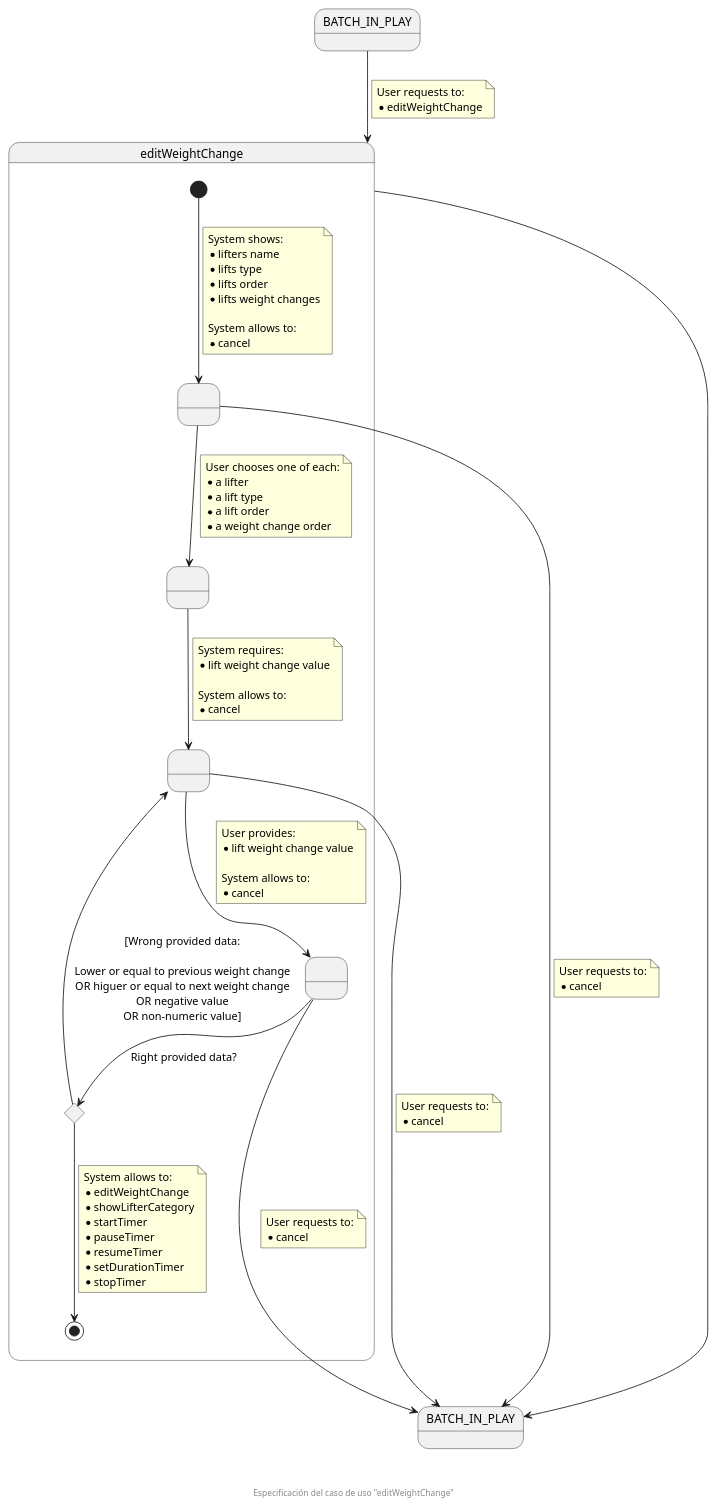
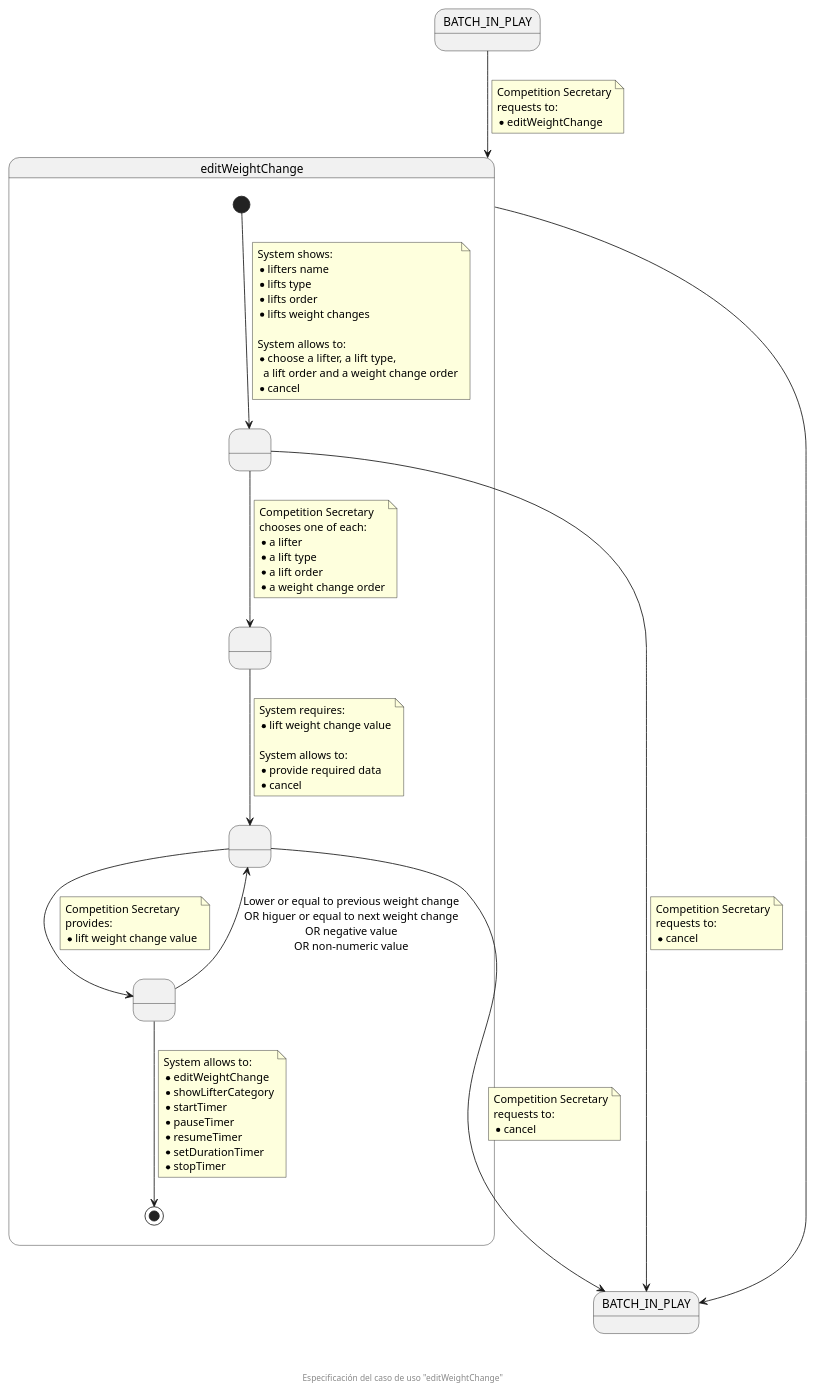
The diagram in documentation/diagrams/1_requirements/3_useCasesSpecification/competitionSecretary/05_editWeightChange.puml (zuldare/mastercloud_pfm_halterocms), drawn with PlantUML before and after one commit. The commit also changed 4 other files, not shown here.

Commit message:
Fix competition secretary use cases specification

```diff
--- a/documentation/diagrams/1_requirements/3_useCasesSpecification/competitionSecretary/05_editWeightChange.puml
+++ b/documentation/diagrams/1_requirements/3_useCasesSpecification/competitionSecretary/05_editWeightChange.puml
@@ -1,95 +1,91 @@
 @startuml
 state BATCH_IN_PLAY
 state "BATCH_IN_PLAY" as BATCH_IN_PLAY_F
 state editWeightChange {
   state " " as SHOWED_LIFTS_VALUE
   state " " as CHOSEN_LIFTER
   state " " as REQUIRED_DATA
   state " " as PROVIDED_DATA
-  state wrongDataProvidedCHC <<choice>>
 
   [*] --> SHOWED_LIFTS_VALUE
   note on link
     System shows:
     * lifters name
     * lifts type
     * lifts order
     * lifts weight changes
 
     System allows to:
+    * choose a lifter, a lift type,
+      a lift order and a weight change order
     * cancel
   end note
   
   SHOWED_LIFTS_VALUE --> CHOSEN_LIFTER
   note on link
-    User chooses one of each:
+    Competition Secretary
+    chooses one of each:
     * a lifter
     * a lift type
     * a lift order
     * a weight change order
   end note
 
   SHOWED_LIFTS_VALUE -down-> BATCH_IN_PLAY_F
   note on link
-    User requests to:
+    Competition Secretary
+    requests to:
     * cancel
   end note
 
   CHOSEN_LIFTER --> REQUIRED_DATA
   note on link
     System requires:
     * lift weight change value
 
     System allows to:
+    * provide required data
     * cancel
   end note
 
   REQUIRED_DATA -down---> BATCH_IN_PLAY_F
   note on link
-    User requests to:
+    Competition Secretary
+    requests to:
     * cancel
   end note
 
   REQUIRED_DATA --> PROVIDED_DATA
   note on link
-    User provides:
+    Competition Secretary
+    provides:
     * lift weight change value
-
-    System allows to:
-    * cancel
   end note
 
-  PROVIDED_DATA --> wrongDataProvidedCHC : Right provided data?
-
-  wrongDataProvidedCHC --> [*]
+  PROVIDED_DATA --> [*]
   note on link
     System allows to:
     * editWeightChange
     * showLifterCategory
     * startTimer
     * pauseTimer
     * resumeTimer
     * setDurationTimer
     * stopTimer
   end note
 
 
-  wrongDataProvidedCHC --> REQUIRED_DATA : [Wrong provided data:\n\nLower or equal to previous weight change\nOR higuer or equal to next weight change\nOR negative value\nOR non-numeric value]
-
-  PROVIDED_DATA -down---> BATCH_IN_PLAY_F
-  note on link
-    User requests to:
-    * cancel
-  end note
+  PROVIDED_DATA --> REQUIRED_DATA : Lower or equal to previous weight change\nOR higuer or equal to next weight change\nOR negative value\nOR non-numeric value
 }
 
 BATCH_IN_PLAY --> editWeightChange
 note on link
-  User requests to:
+  Competition Secretary
+  requests to:
   * editWeightChange
 end note
 
 editWeightChange ---> BATCH_IN_PLAY_F
 
 footer \n\n\n Especificación del caso de uso "editWeightChange"
 @enduml
```
